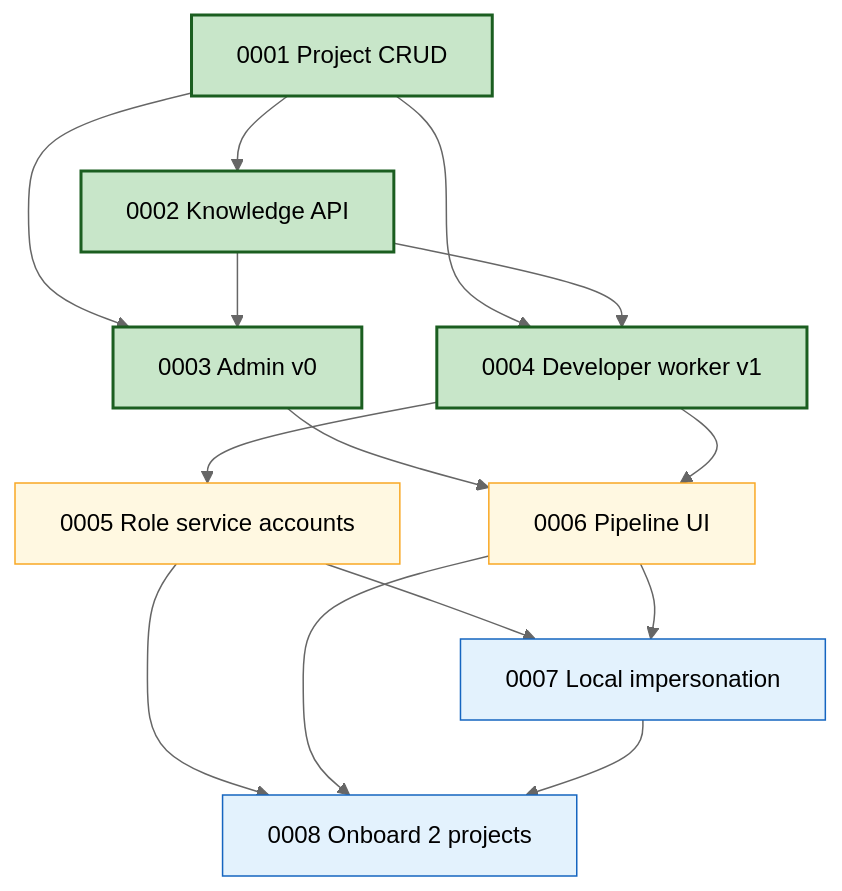
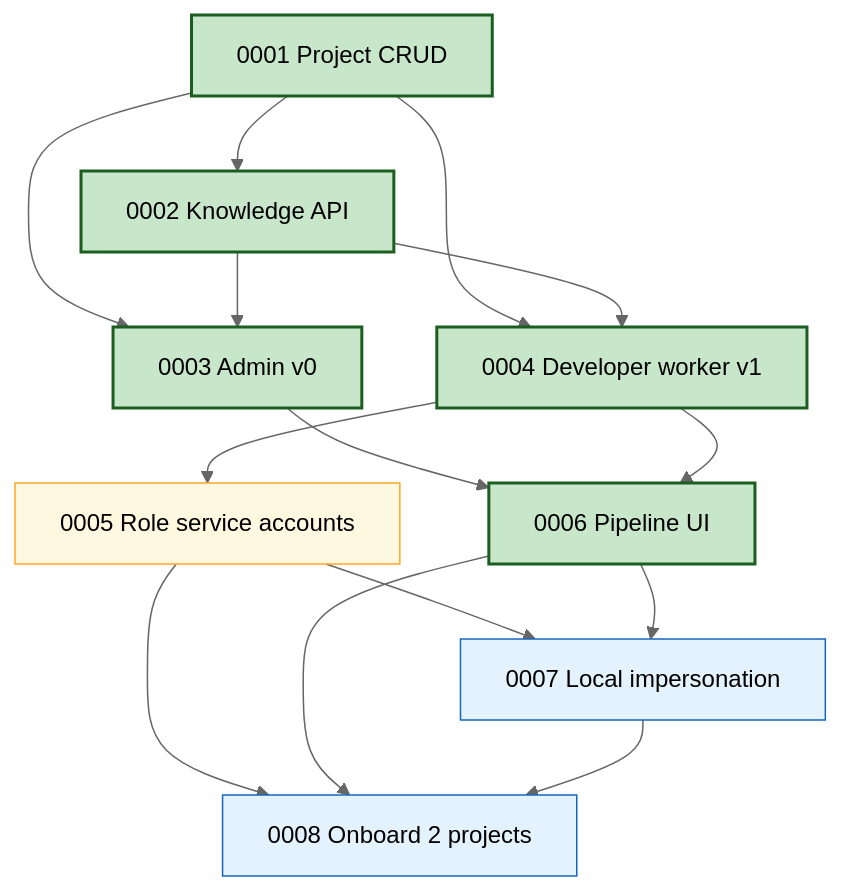
One commit to coder-devx/coder-system changed the diagram in system/product-specs/ROADMAP.md. Above: the diagram before and after it, drawn with Mermaid (neutral theme). The commit also changed other lines of this file and 3 other files, not shown here.

````diff
--- a/system/product-specs/ROADMAP.md
+++ b/system/product-specs/ROADMAP.md
@@ -154,33 +169,33 @@
 ```mermaid
 flowchart TB
   s1["0001 Project CRUD"]
   s2["0002 Knowledge API"]
   s3["0003 Admin v0"]
   s4["0004 Developer worker v1"]
   s5["0005 Role service accounts"]
   s6["0006 Pipeline UI"]
   s7["0007 Local impersonation"]
   s8["0008 Onboard 2 projects"]
 
   s1 --> s2
   s1 --> s3
   s1 --> s4
   s2 --> s3
   s2 --> s4
   s3 --> s6
   s4 --> s5
   s4 --> s6
   s5 --> s7
   s6 --> s7
   s5 --> s8
   s6 --> s8
   s7 --> s8
 
   classDef shipped fill:#c8e6c9,stroke:#1b5e20,stroke-width:2px
   classDef now fill:#e8f5e9,stroke:#2e7d32
   classDef next fill:#fff8e1,stroke:#f9a825
   classDef later fill:#e3f2fd,stroke:#1565c0
-  class s1,s2,s3,s4 shipped
-  class s5,s6 next
+  class s1,s2,s3,s4,s6 shipped
+  class s5 next
   class s7,s8 later
 ```
````
